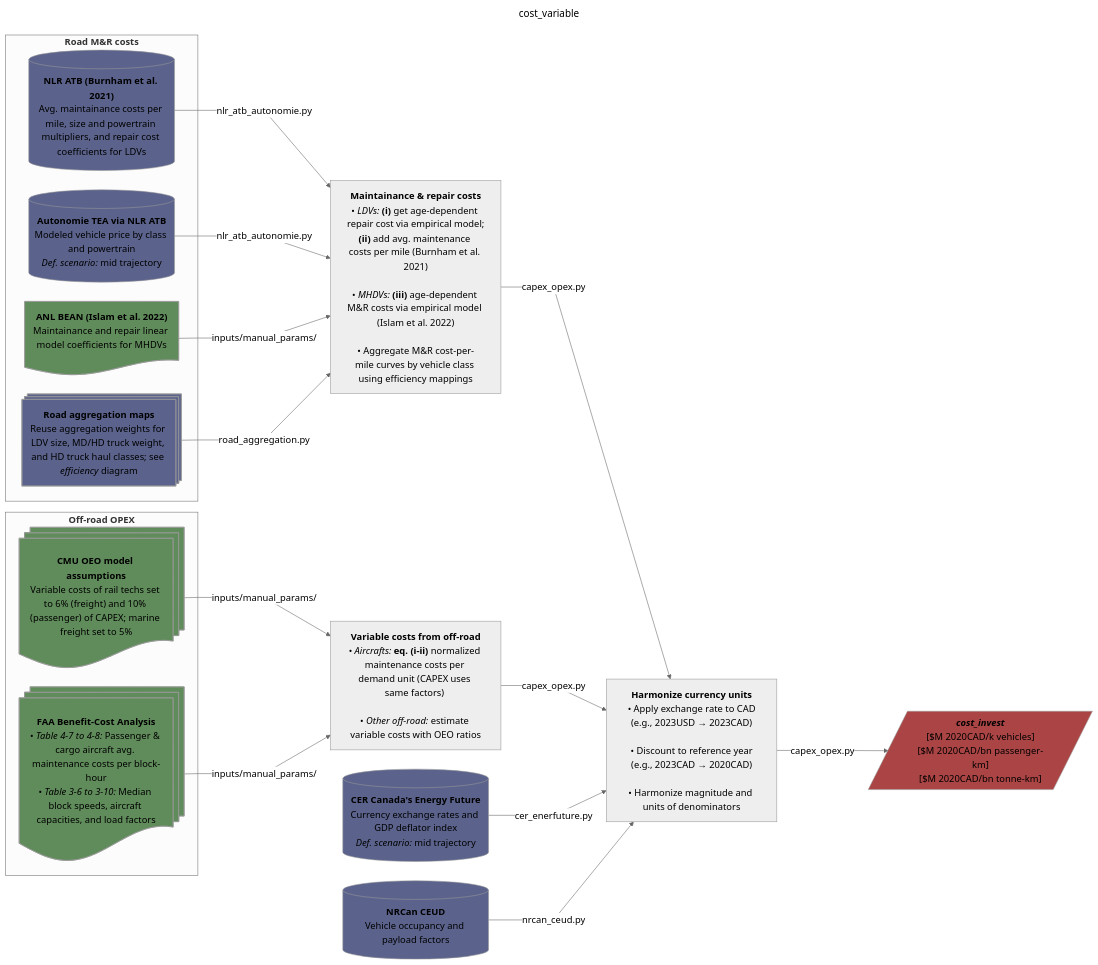
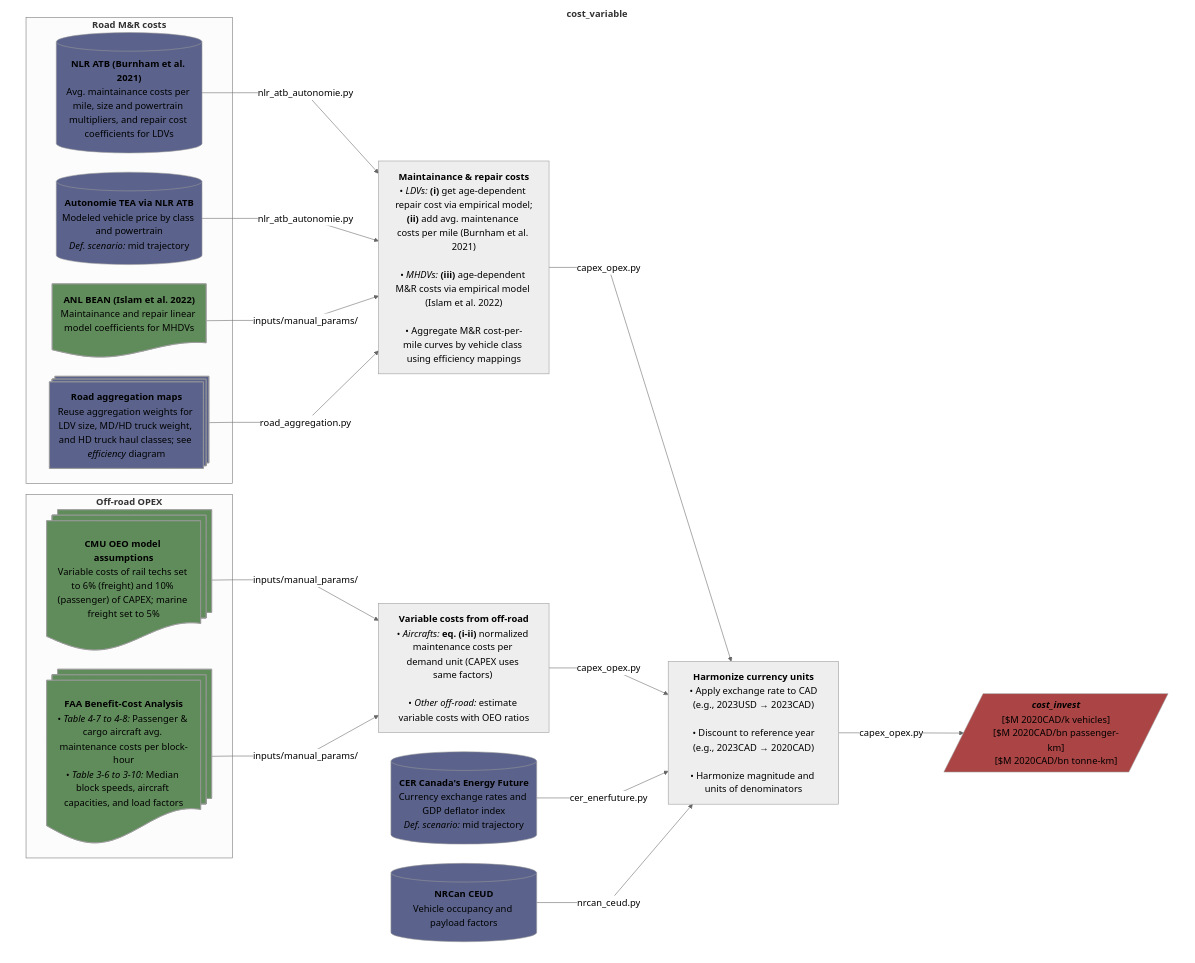
One commit to CANOE-main/canoe-transportation changed the ninth of 9 diagrams in README.md. Above: the diagram before and after it, drawn with Mermaid. The commit also changed other lines of this file and 4 other files, not shown here.

Commit message:
Fixed README.md flowcharts' background and reverted utils/ into utils.py, - enclosed all diagrams inside a blank subgraph to always render a white background

````diff
--- a/README.md
+++ b/README.md
@@ -651,70 +670,72 @@
 ```mermaid
 ---
-title: cost_variable
 config:
   layout: dagre
   theme: neutral
   themeVariables:
     fontSize: 17px
   flowchart:
-    defaultRenderer: elk
     nodeSpacing: 35
     rankSpacing: 50
     wrappingWidth: 250
     curve: linear
 ---
 flowchart LR
+  subgraph canvas["`**cost_variable**`"]
+  direction LR
   subgraph offroad["`**Off-road OPEX**`"]
 	  %% --- Sources ---
 	  s7@{shape: docs, label: "**CMU OEO model assumptions**<br>Variable costs of rail techs set to 6% (freight) and 10% (passenger) of CAPEX; marine freight set to 5%"}
 	  s8@{shape: docs, label: "**FAA Benefit-Cost Analysis**<br>• *Table 4-7 to 4-8:* Passenger & cargo aircraft avg. maintenance costs per block-hour<br>• *Table 3-6 to 3-10:* Median block speeds, aircraft capacities, and load factors"}
   end
 	  
   %% --- Processes ---
   p3["`**Variable costs from off-road**<br>• *Aircrafts:* **eq. (i-ii)** normalized maintenance costs per demand unit (CAPEX uses same factors) <br><br>• *Other off-road:* estimate variable costs with OEO ratios`"]
   s7 & s8 -- inputs/manual_params/ --> p3
   
   subgraph road["`**Road M&R costs**`"]
 	  %% --- Sources ---
 	  s1@{shape: processes, label: "**Road aggregation maps**<br>Reuse aggregation weights for LDV size, MD/HD truck weight, and HD truck haul classes; see *efficiency* diagram"}
 	  s2[("`**NLR ATB (Burnham et al. 2021)**<br>Avg. maintainance costs per mile, size and powertrain multipliers, and repair cost coefficients for LDVs`")]
 	  s3@{shape: doc, label: "**ANL BEAN (Islam et al. 2022)**<br>Maintainance and repair linear model coefficients for MHDVs"}
 	  s4[("`**Autonomie TEA via NLR ATB**<br>Modeled vehicle price by class and powertrain<br>*Def. scenario:* mid trajectory`")]
   end
 	  
   %% --- Processes ---
   p2["`**Maintainance & repair costs**<br>• *LDVs:* **(i)** get age-dependent repair cost via empirical model;<br>**(ii)** add avg. maintenance costs per mile (Burnham et al. 2021)<br><br>• *MHDVs:* **(iii)** age-dependent M&R costs via empirical model (Islam et al. 2022)<br><br>• Aggregate M&R cost-per-mile curves by vehicle class using efficiency mappings`"]
   s2 -- nlr_atb_autonomie.py --> p2
   s4 -- nlr_atb_autonomie.py --> p2
   s3 -- inputs/manual_params/ --> p2
   s1 -- road_aggregation.py --> p2
   
   s0[("`**CER Canada's Energy Future**<br>Currency exchange rates and GDP deflator index<br>*Def. scenario:* mid trajectory`")]
   s9[("`**NRCan CEUD**<br>Vehicle occupancy and payload factors`")]
   p4["`**Harmonize currency units**<br>• Apply exchange rate to CAD<br>(e.g., 2023USD → 2023CAD)<br><br>• Discount to reference year<br>(e.g., 2023CAD → 2020CAD)<br><br>• Harmonize magnitude and units of denominators`"]
   p2 -- capex_opex.py --> p4
   p3 -- capex_opex.py --> p4
   s0 -- cer_enerfuture.py --> p4
   s9 -- nrcan_ceud.py --> p4
 
   p4 -- capex_opex.py --> o1[/"`***cost_invest***<br>[$M 2020CAD/k vehicles]<br>[$M 2020CAD/bn passenger-km]<br>[$M 2020CAD/bn tonne-km]`"/]
+  end
 
   %% --- Styling ---
+  style canvas fill:#ffffff,stroke:#ffffff
   classDef database fill:#5b638c
   classDef doc fill:#608c5b
   classDef output fill:#ab4444
 
   class s0,s1,s2,s4,s9 database;
   class s7,s8,s3 doc;
   class o1 output;
 
   %% --- Hyperlinks ---
   click s9 "https://oee.nrcan.gc.ca/corporate/statistics/neud/dpa/menus/trends/comprehensive_tables/list.cfm"
   click s8 "https://www.faa.gov/regulations_policies/policy_guidance/benefit_cost"
   click s7 "https://github.com/TemoaProject/oeo/blob/master/database_documentation/TransportationSector.ipynb"
   click s2 "https://atb.nlr.gov/transportation/2024/data"
   click s2_2 "https://anl.app.box.com/s/an4nx0v2xpudxtpsnkhd5peimzu4j1hk/folder/242640145714"
   click s0 "https://open.canada.ca/data/en/dataset/07c42deb-9435-43b9-a416-7ce316f3893d"
   click s3 "https://vms.taps.anl.gov/research-highlights/vehicle-technologies/u-s-doe-vto-hfto-r-d-benefits/"
   click s4 "https://vms.taps.anl.gov/research-highlights/vehicle-technologies/u-s-doe-vto-hfto-r-d-benefits/"
 ```
````
